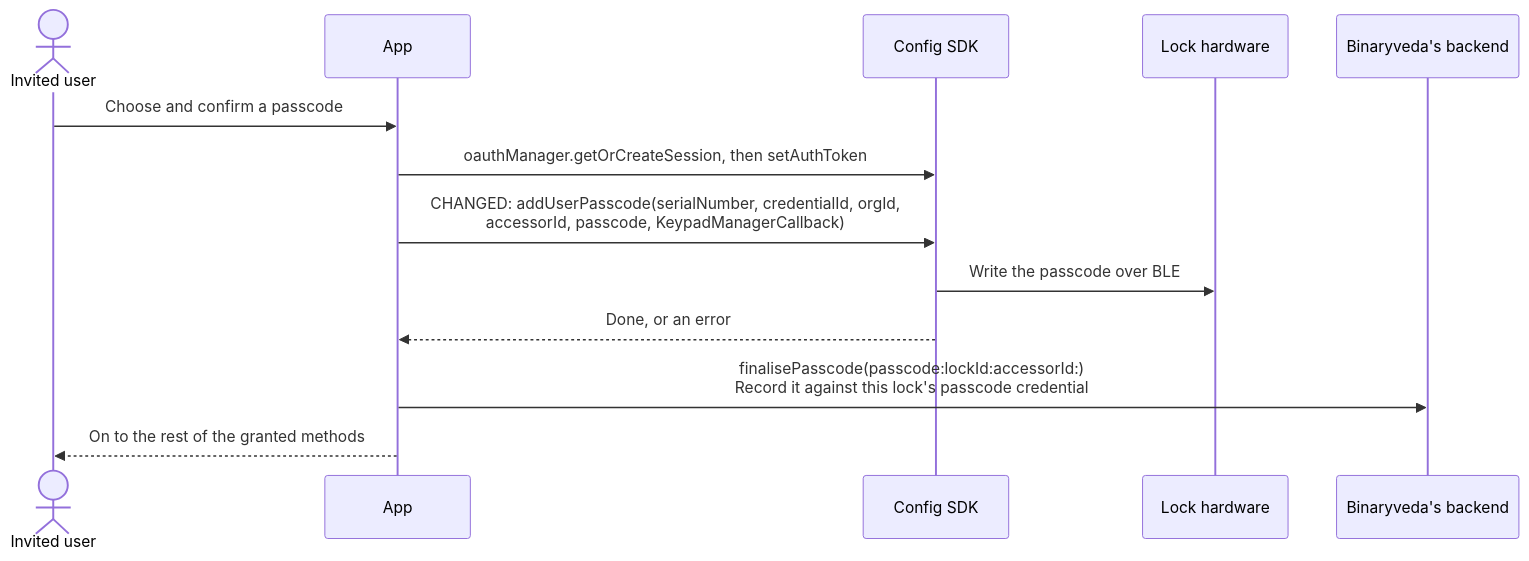
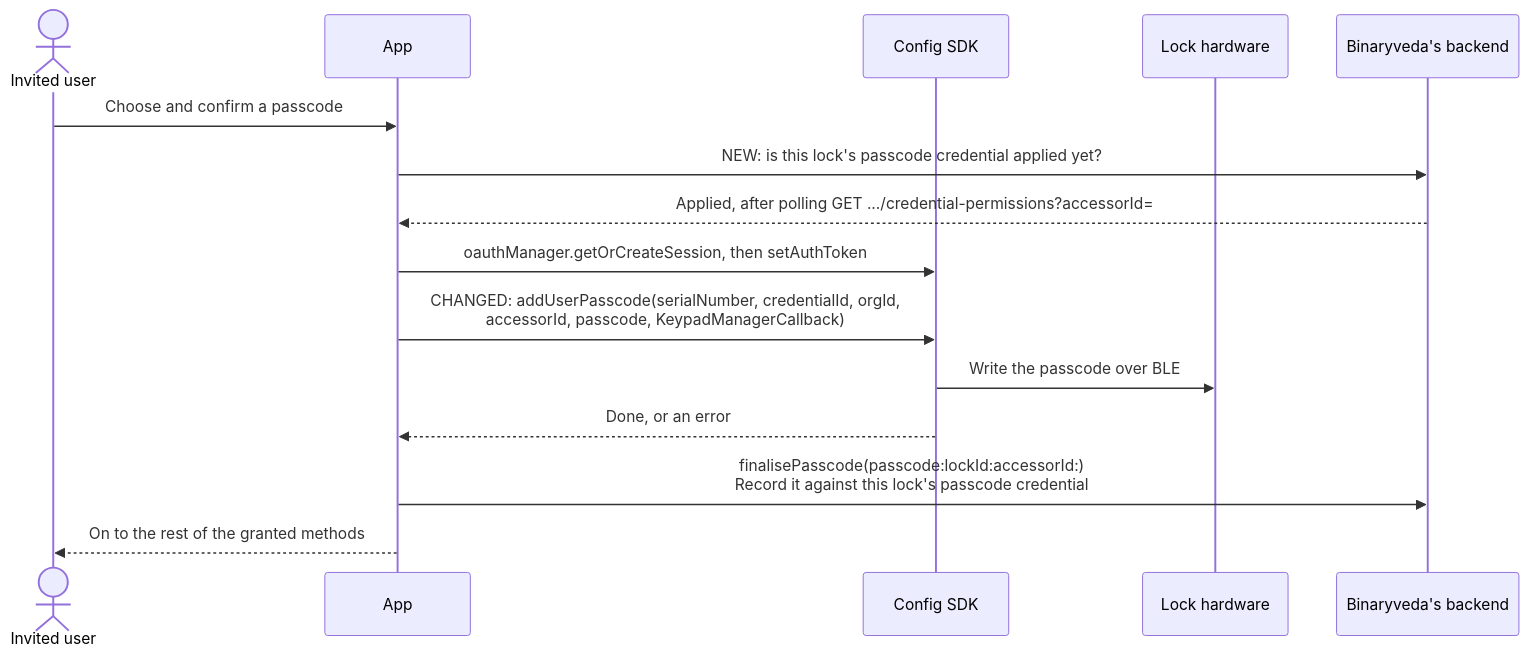
The ninth of 10 diagrams in docs/user-management.md (spintly-integrations-support/godrej-software-guide), drawn with Mermaid before and after one commit. The commit also changed other lines of this file and 7 other files, not shown here.

````diff
--- a/docs/user-management.md
+++ b/docs/user-management.md
@@ -298,16 +299,18 @@
 ```mermaid
 sequenceDiagram
     actor U as Invited user
     participant A as App
     participant C as Config SDK
     participant L as Lock hardware
     participant B as Binaryveda's backend
 
     U->>A: Choose and confirm a passcode
+    A->>B: NEW: is this lock's passcode credential applied yet?
+    B-->>A: Applied, after polling GET .../credential-permissions?accessorId=
     A->>C: oauthManager.getOrCreateSession, then setAuthToken
     A->>C: CHANGED: addUserPasscode(serialNumber, credentialId, orgId,<br/>accessorId, passcode, KeypadManagerCallback)
     C->>L: Write the passcode over BLE
     C-->>A: Done, or an error
     A->>B: finalisePasscode(passcode:lockId:accessorId:)<br/>Record it against this lock's passcode credential
     A-->>U: On to the rest of the granted methods
 ```
````
